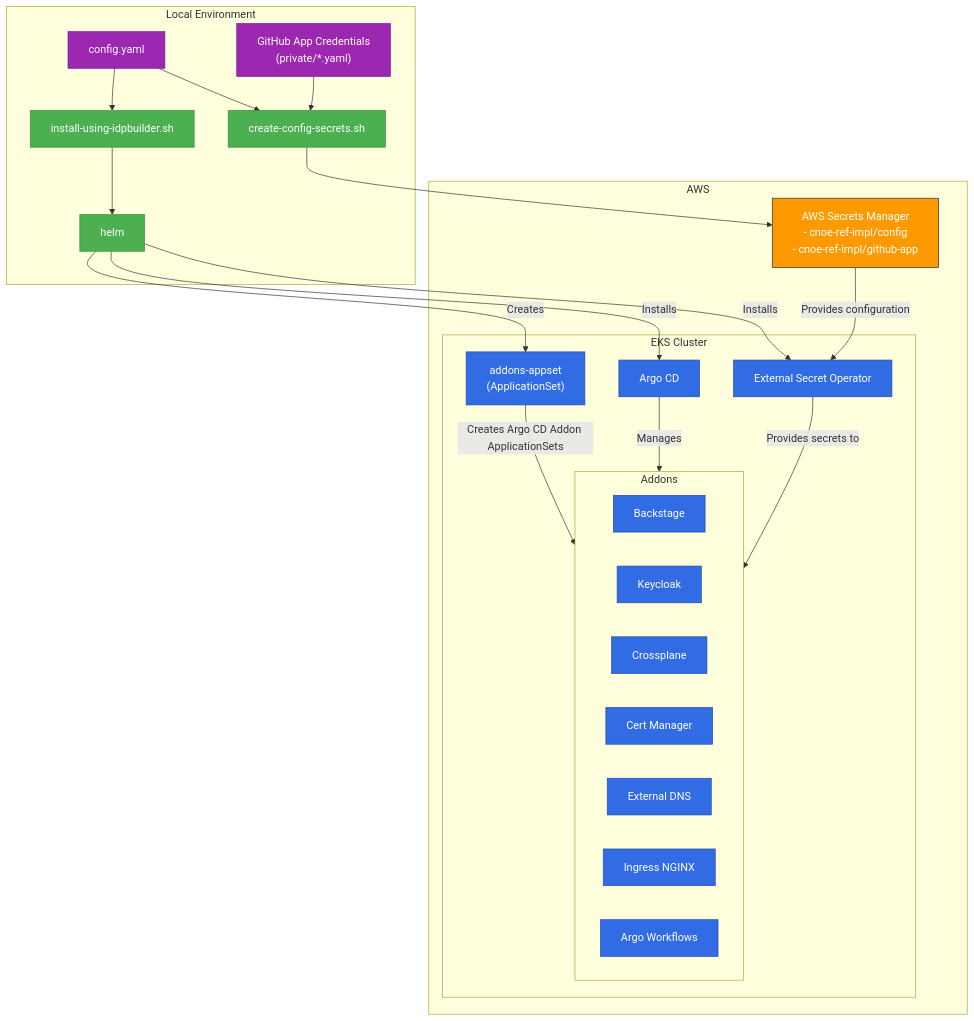
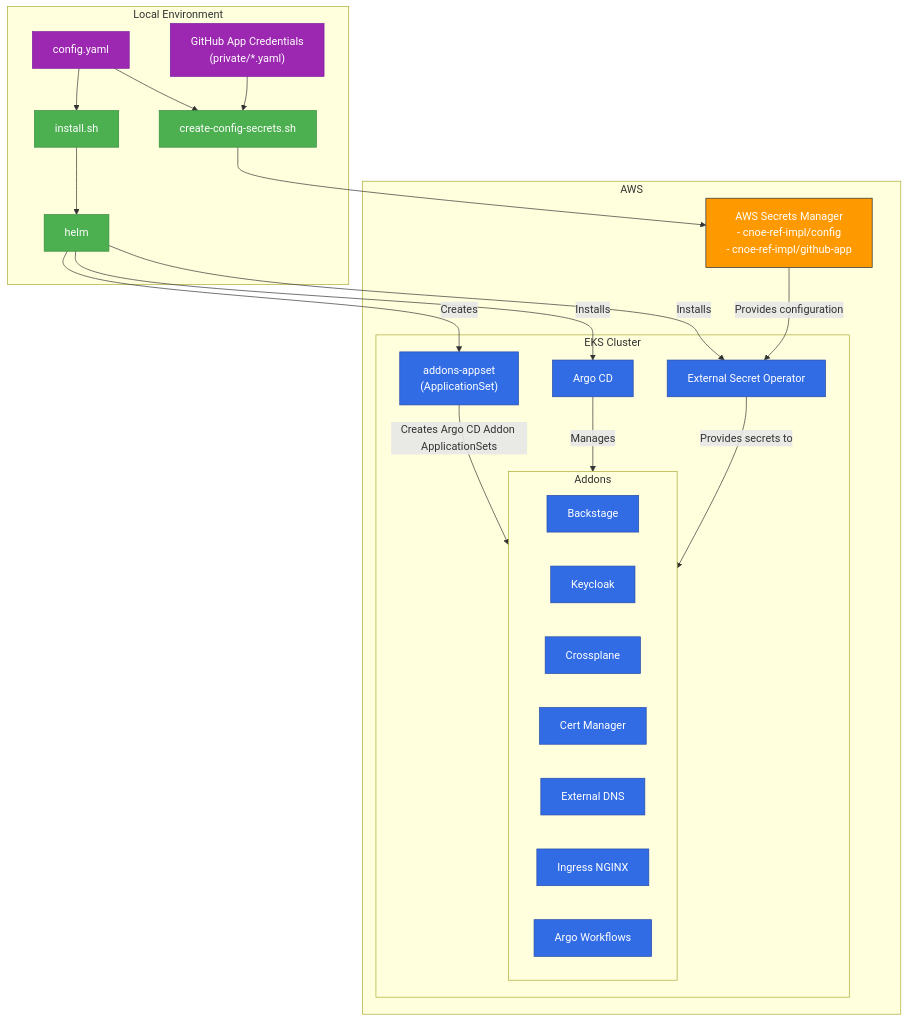
One commit to cnoe-io/reference-implementation-aws changed the diagram in README.md. Above: the diagram before and after it, drawn with Mermaid. The commit also changed other lines of this file and 1 other file, not shown here.

Commit message:
update main ReadMe and remove idpbuilder reference

````diff
--- a/README.md
+++ b/README.md
@@ -34,62 +33,62 @@
 ```mermaid
 flowchart TD
     subgraph "Local Environment"
         config["config.yaml"]
         secrets["GitHub App Credentials
         (private/*.yaml)"]
         create_secrets["create-config-secrets.sh"]
-        install["install-using-idpbuilder.sh"]
+        install["install.sh"]
         helm["helm"]
     end
 
     subgraph "AWS"
         aws_secrets["AWS Secrets Manager
         - cnoe-ref-impl/config
         - cnoe-ref-impl/github-app"]
 
         subgraph "EKS Cluster"
             eks_argocd["Argo CD"]
             eso["External Secret Operator"]
             appset["addons-appset
             (ApplicationSet)"]
 
             subgraph "Addons"
                 backstage["Backstage"]
                 keycloak["Keycloak"]
                 crossplane["Crossplane"]
                 cert_manager["Cert Manager"]
                 external_dns["External DNS"]
                 ingress["Ingress NGINX"]
                 argo_workflows["Argo Workflows"]
             end
         end
     end
 
     config --> create_secrets
     secrets --> create_secrets
     create_secrets --> aws_secrets
 
     config --> install
     install --> helm
 
     helm -- "Installs" --> eks_argocd
     helm -- "Installs" --> eso
     helm -- "Creates" --> appset
 
     aws_secrets -- "Provides configuration" --> eso
 
     appset -- "Creates Argo CD Addon ApplicationSets" --> Addons
 
     eks_argocd -- "Manages" --> Addons
     eso -- "Provides secrets to" --> Addons
 
     classDef aws fill:#FF9900,stroke:#232F3E,color:white;
     classDef k8s fill:#326CE5,stroke:#254AA5,color:white;
     classDef tools fill:#4CAF50,stroke:#388E3C,color:white;
     classDef config fill:#9C27B0,stroke:#7B1FA2,color:white;
 
     class aws_secrets,EKS aws;
     class eks_argocd,eso,appset,backstage,keycloak,crossplane,cert_manager,external_dns,ingress,argo_workflows k8s;
     class helm,install,create_secrets tools;
     class config,secrets config;
 ```
````
